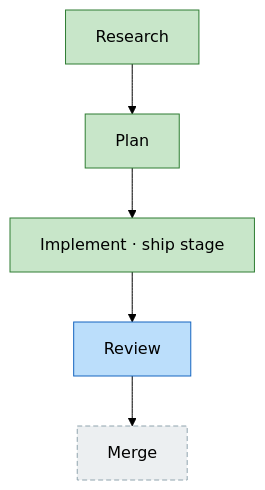
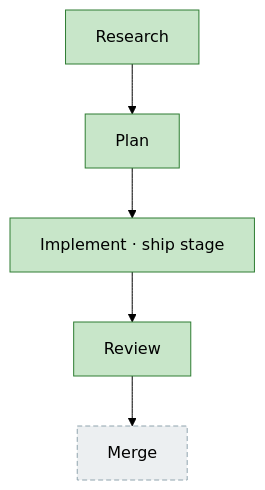
Before and after one commit to jakkaj/tools: the diagram in docs/plans/035-flow-ship-stage/the-flow.md, drawn with Mermaid (forest theme). The commit also changed other lines of this file and 2 other files, not shown here.

First line of the commit message:
fix(the-flow): ship commits-ahead probe prefers origin/<base> (review LOW#1); mark plan-035 review done

````diff
--- a/docs/plans/035-flow-ship-stage/the-flow.md
+++ b/docs/plans/035-flow-ship-stage/the-flow.md
@@ -8,26 +8,26 @@
 ```mermaid
 flowchart TD
     merge["Merge"]:::assumed
     plan["Plan"]:::done
     research["Research"]:::done
     impl["Implement · ship stage"]:::done
-    review["Review"]:::known
+    review["Review"]:::done
 
     plan --> impl
     research --> plan
     impl --> review
     review --> merge
 
     classDef done fill:#C8E6C9,stroke:#2E7D32;
     classDef wip fill:#FFE0B2,stroke:#EF6C00;
     classDef blocked fill:#FFCDD2,stroke:#C62828;
     classDef known fill:#BBDEFB,stroke:#1565C0;
     classDef assumed fill:#ECEFF1,stroke:#90A4AE,stroke-dasharray:5 3;
     classDef said fill:#FFF9C4,stroke:#F9A825;
     classDef harness fill:#EDE7F6,stroke:#673AB7;
     classDef decision fill:#FFF3E0,stroke:#FB8C00,stroke-dasharray:2 2;
     classDef companion fill:#D1C4E9,stroke:#5E35B1;
     classDef worker fill:#B2DFDB,stroke:#00897B;
     classDef chore fill:#E0F2F1,stroke:#00897B,stroke-dasharray:3 2;
     classDef unknown fill:#FAFAFA,stroke:#BDBDBD,stroke-dasharray:1 4;
 ```
````
